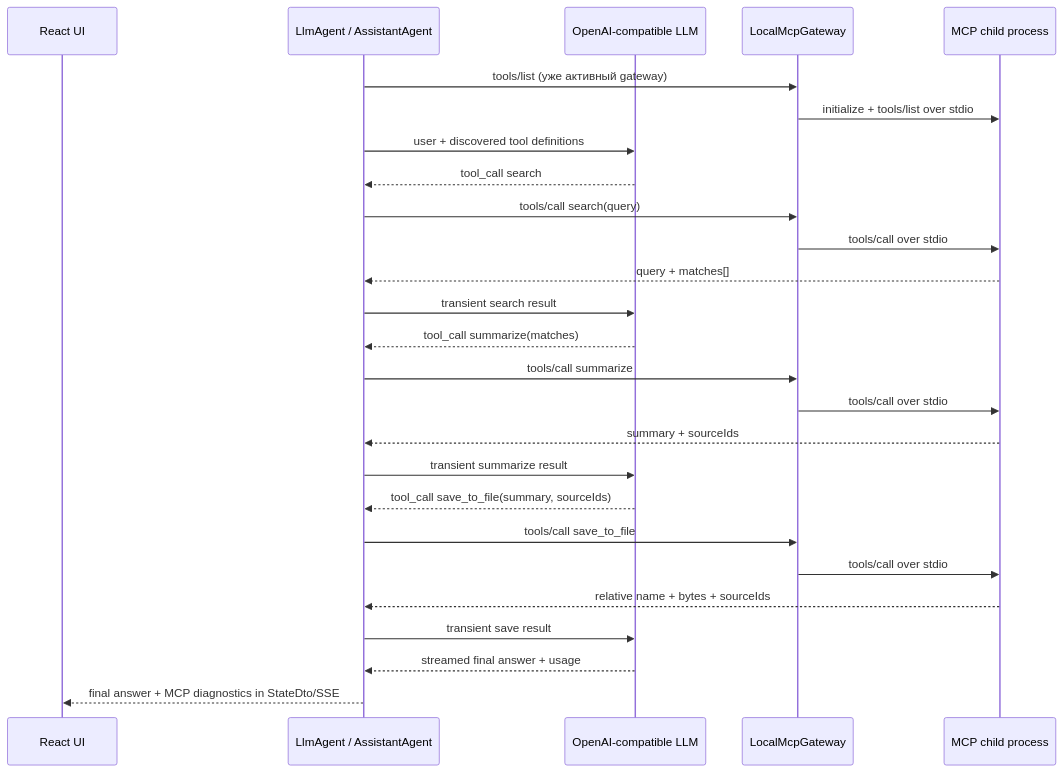
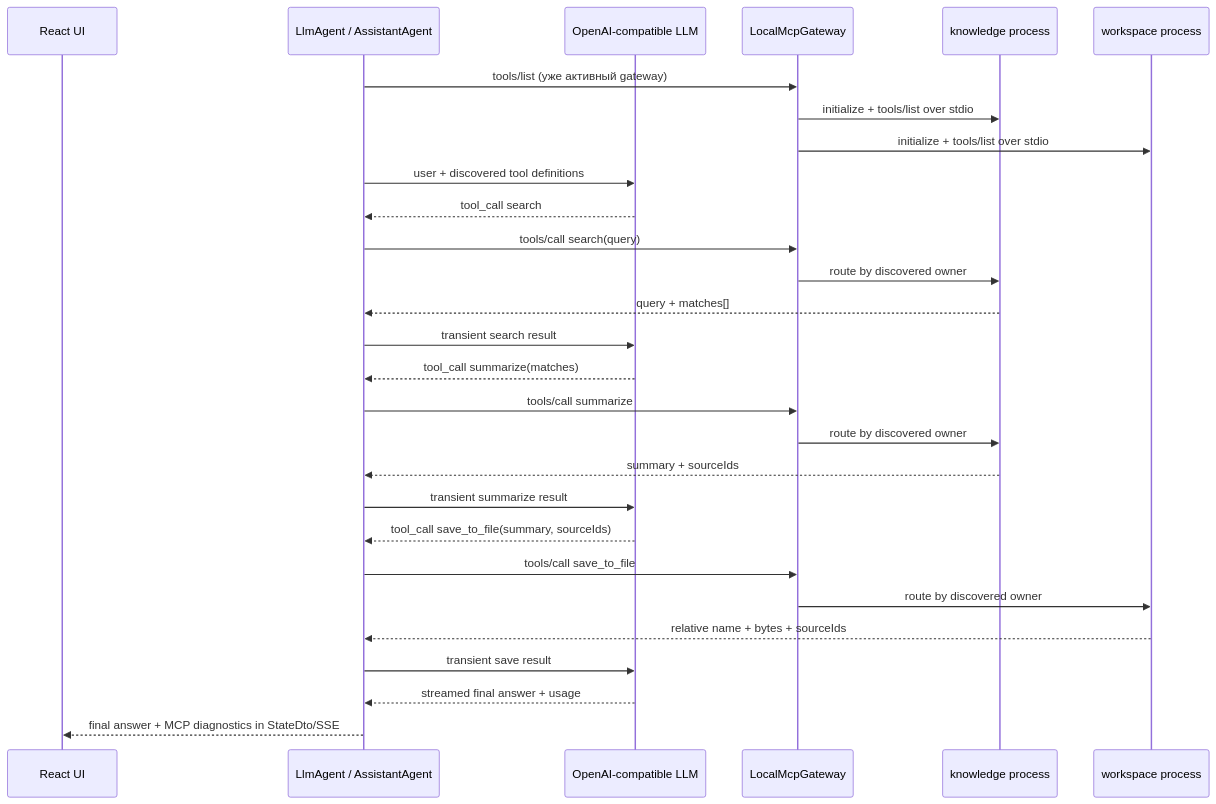
One commit to StefanSerkhir/AI-Advent-Challenge changed the third of 4 diagrams in docs/ARCHITECTURE.md. Above: the diagram before and after it, drawn with Mermaid. The commit also changed other lines of this file and 13 other files, not shown here.

````diff
--- a/docs/ARCHITECTURE.md
+++ b/docs/ARCHITECTURE.md
@@ -192,28 +203,30 @@
 ```mermaid
 sequenceDiagram
     participant UI as React UI
     participant A as LlmAgent / AssistantAgent
     participant L as OpenAI-compatible LLM
     participant G as LocalMcpGateway
-    participant S as MCP child process
+    participant K as knowledge process
+    participant W as workspace process
     A->>G: tools/list (уже активный gateway)
-    G->>S: initialize + tools/list over stdio
+    G->>K: initialize + tools/list over stdio
+    G->>W: initialize + tools/list over stdio
     A->>L: user + discovered tool definitions
     L-->>A: tool_call search
     A->>G: tools/call search(query)
-    G->>S: tools/call over stdio
-    S-->>A: query + matches[]
+    G->>K: route by discovered owner
+    K-->>A: query + matches[]
     A->>L: transient search result
     L-->>A: tool_call summarize(matches)
     A->>G: tools/call summarize
-    G->>S: tools/call over stdio
-    S-->>A: summary + sourceIds
+    G->>K: route by discovered owner
+    K-->>A: summary + sourceIds
     A->>L: transient summarize result
     L-->>A: tool_call save_to_file(summary, sourceIds)
     A->>G: tools/call save_to_file
-    G->>S: tools/call over stdio
-    S-->>A: relative name + bytes + sourceIds
+    G->>W: route by discovered owner
+    W-->>A: relative name + bytes + sourceIds
     A->>L: transient save result
     L-->>A: streamed final answer + usage
     A-->>UI: final answer + MCP diagnostics in StateDto/SSE
 ```
````
